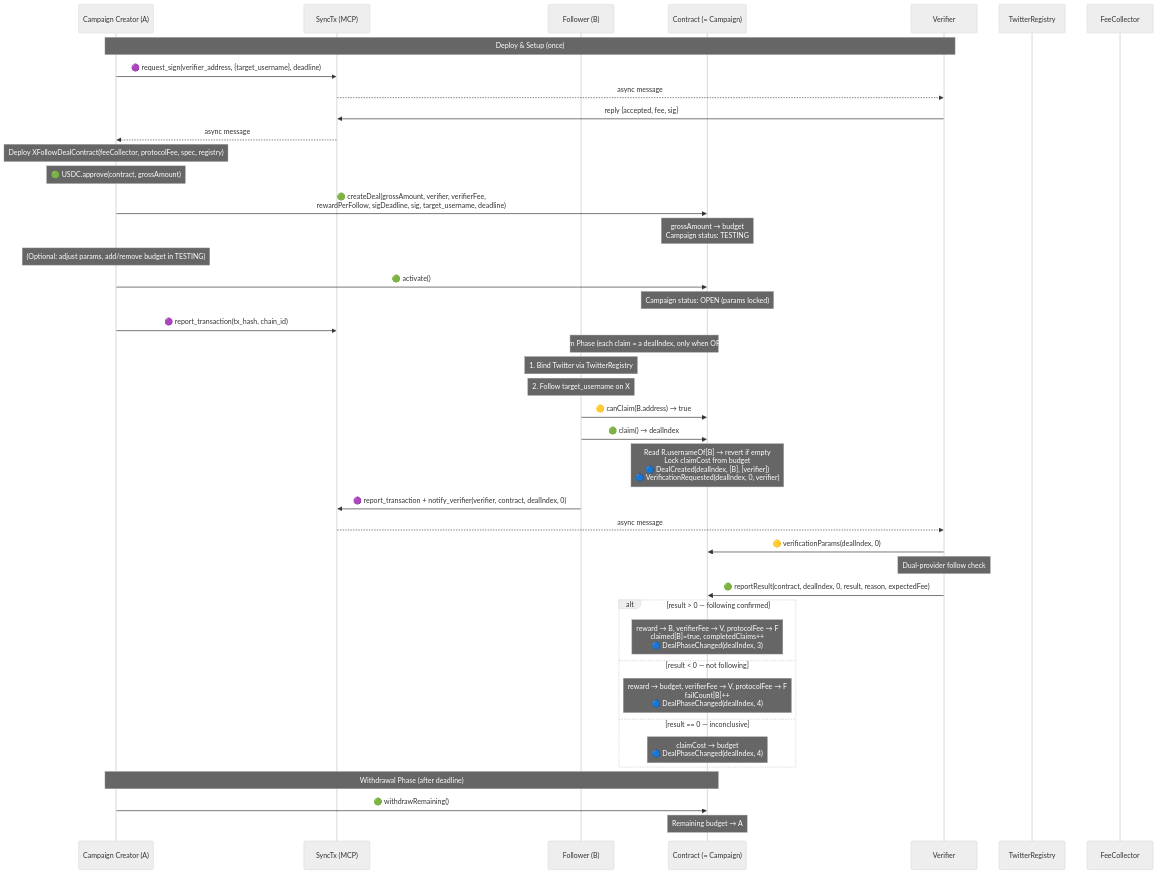
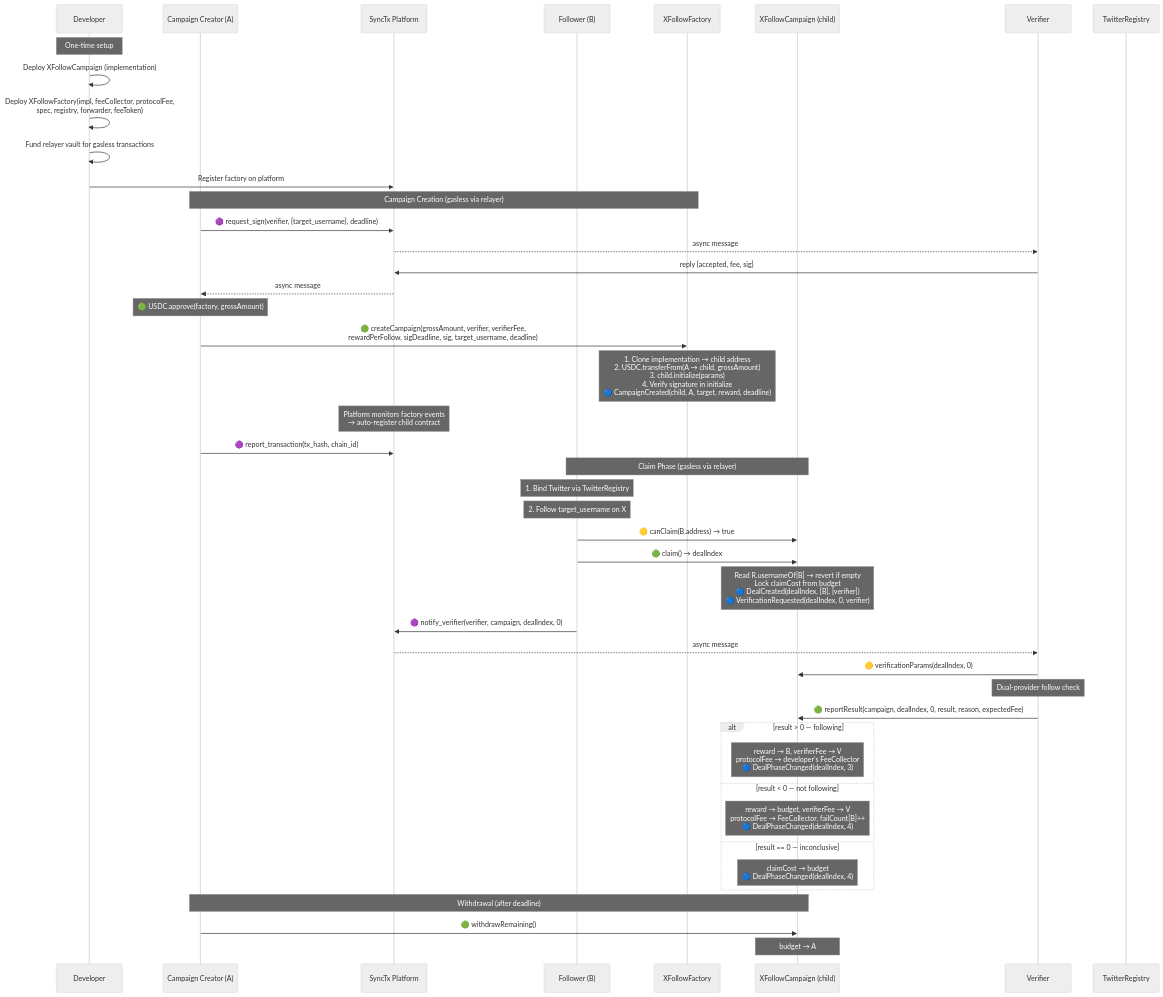
The first of 2 diagrams in examples/x-follow/x-follow-design.md (synctxai/synctx), drawn with Mermaid (neutral theme) before and after one commit. The commit also changed other lines of this file and 1 other file, not shown here.

First line of the commit message:
docs(x-follow): redesign as Factory + Clone pattern

````diff
--- a/examples/x-follow/x-follow-design.md
+++ b/examples/x-follow/x-follow-design.md
@@ -179,56 +222,58 @@
 ```mermaid
 sequenceDiagram
+    participant Dev as Developer
     participant A as Campaign Creator (A)
-    participant P as SyncTx (MCP)
+    participant P as SyncTx Platform
     participant B as Follower (B)
-    participant C as Contract (= Campaign)
+    participant Fac as XFollowFactory
+    participant C as XFollowCampaign (child)
     participant V as Verifier
     participant R as TwitterRegistry
-    participant F as FeeCollector
 
-    Note over A,V: Deploy & Setup (once)
+    Note over Dev: One-time setup
+    Dev->>Dev: Deploy XFollowCampaign (implementation)
+    Dev->>Dev: Deploy XFollowFactory(impl, feeCollector, protocolFee,<br/>spec, registry, forwarder, feeToken)
+    Dev->>Dev: Fund relayer vault for gasless transactions
+    Dev->>P: Register factory on platform
 
-    A->>P: 🟣 request_sign(verifier_address, {target_username}, deadline)
+    Note over A,Fac: Campaign Creation (gasless via relayer)
+
+    A->>P: 🟣 request_sign(verifier, {target_username}, deadline)
     P-->>V: async message
     V->>P: reply {accepted, fee, sig}
     P-->>A: async message
 
-    Note over A: Deploy XFollowDealContract(feeCollector, protocolFee, spec, registry)
-    Note over A: 🟢 USDC.approve(contract, grossAmount)
-    A->>C: 🟢 createDeal(grossAmount, verifier, verifierFee,<br/>rewardPerFollow, sigDeadline, sig, target_username, deadline)
-    Note over C: grossAmount → budget<br/>Campaign status: TESTING
-
-    Note over A: (Optional: adjust params, add/remove budget in TESTING)
-
-    A->>C: 🟢 activate()
-    Note over C: Campaign status: OPEN (params locked)
+    Note over A: 🟢 USDC.approve(factory, grossAmount)
+    A->>Fac: 🟢 createCampaign(grossAmount, verifier, verifierFee,<br/>rewardPerFollow, sigDeadline, sig, target_username, deadline)
+    Note over Fac: 1. Clone implementation → child address<br/>2. USDC.transferFrom(A → child, grossAmount)<br/>3. child.initialize(params)<br/>4. Verify signature in initialize<br/>🔵 CampaignCreated(child, A, target, reward, deadline)
+    Note over P: Platform monitors factory events<br/>→ auto-register child contract
     A->>P: 🟣 report_transaction(tx_hash, chain_id)
 
-    Note over B,C: Claim Phase (each claim = a dealIndex, only when OPEN)
+    Note over B,C: Claim Phase (gasless via relayer)
 
     Note over B: 1. Bind Twitter via TwitterRegistry
     Note over B: 2. Follow target_username on X
     B->>C: 🟡 canClaim(B.address) → true
     B->>C: 🟢 claim() → dealIndex
     Note over C: Read R.usernameOf[B] → revert if empty<br/>Lock claimCost from budget<br/>🔵 DealCreated(dealIndex, [B], [verifier])<br/>🔵 VerificationRequested(dealIndex, 0, verifier)
-    B->>P: 🟣 report_transaction + notify_verifier(verifier, contract, dealIndex, 0)
+    B->>P: 🟣 notify_verifier(verifier, campaign, dealIndex, 0)
     P-->>V: async message
 
     V->>C: 🟡 verificationParams(dealIndex, 0)
     Note over V: Dual-provider follow check
 
-    V->>C: 🟢 reportResult(contract, dealIndex, 0, result, reason, expectedFee)
+    V->>C: 🟢 reportResult(campaign, dealIndex, 0, result, reason, expectedFee)
 
-    alt result > 0 — following confirmed
-        Note over C: reward → B, verifierFee → V, protocolFee → F<br/>claimed[B]=true, completedClaims++<br/>🔵 DealPhaseChanged(dealIndex, 3)
+    alt result > 0 — following
+        Note over C: reward → B, verifierFee → V<br/>protocolFee → developer's FeeCollector<br/>🔵 DealPhaseChanged(dealIndex, 3)
     else result < 0 — not following
-        Note over C: reward → budget, verifierFee → V, protocolFee → F<br/>failCount[B]++<br/>🔵 DealPhaseChanged(dealIndex, 4)
+        Note over C: reward → budget, verifierFee → V<br/>protocolFee → FeeCollector, failCount[B]++<br/>🔵 DealPhaseChanged(dealIndex, 4)
     else result == 0 — inconclusive
         Note over C: claimCost → budget<br/>🔵 DealPhaseChanged(dealIndex, 4)
     end
 
-    Note over A,C: Withdrawal Phase (after deadline)
+    Note over A,C: Withdrawal (after deadline)
 
     A->>C: 🟢 withdrawRemaining()
-    Note over C: Remaining budget → A
+    Note over C: budget → A
 ```
````
